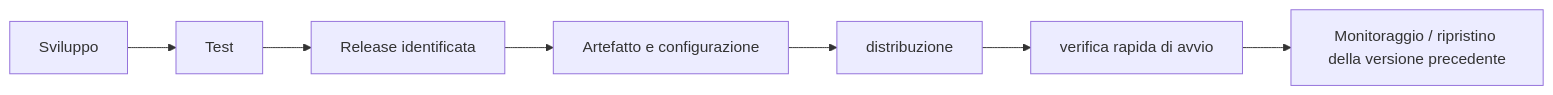
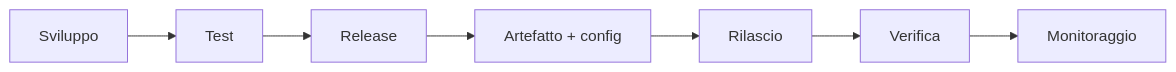
One commit to andreabz/R_per_IT changed the fifth of 6 diagrams in slides.qmd. Above: the diagram before and after it, drawn with Mermaid. The commit also changed other lines of this file, not shown here.

````diff
--- a/slides.qmd
+++ b/slides.qmd
@@ -269,10 +260,10 @@
 ```{mermaid}
 %%| echo: false
 flowchart LR
  A["Sviluppo"] --> B["Test"]
- B --> C["Release identificata"]
- C --> D["Artefatto e configurazione"]
- D --> E["distribuzione"]
- E --> F["verifica rapida di avvio"]
- F --> G["Monitoraggio / ripristino della versione precedente"]
+ B --> C["Release"]
+ C --> D["Artefatto + config"]
+ D --> E["Rilascio"]
+ E --> F["Verifica"]
+ F --> G["Monitoraggio"]
 ```
````
